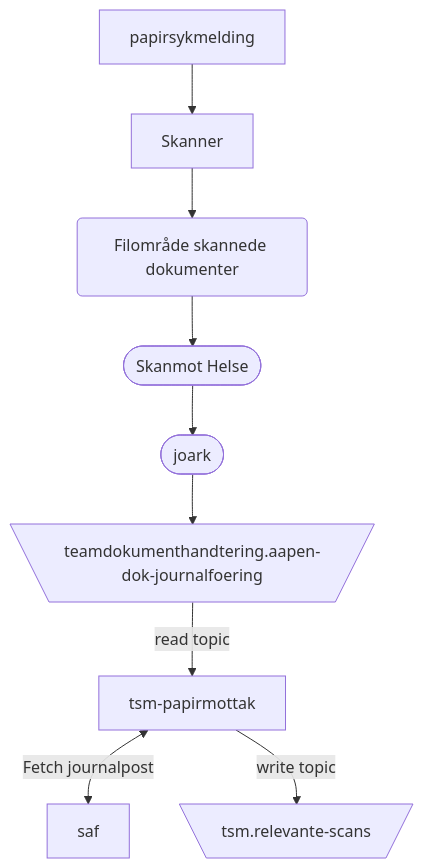
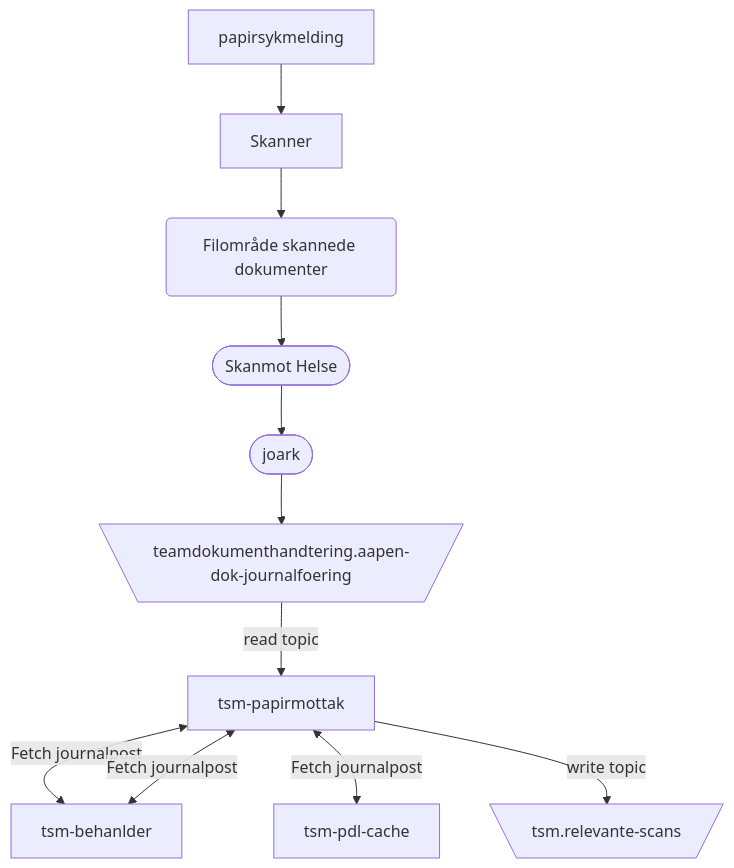
The diagram in README.md (navikt/tsm-papirmottak), drawn with Mermaid before and after one commit.

Commit message:
chore: update flow

````diff
--- a/README.md
+++ b/README.md
@@ -7,11 +7,13 @@
 ```mermaid
   graph TD
     papirsykmelding --> Skanner
     Skanner --> id1(Filområde skannede dokumenter)
     id1(Filområde skannede dokumenter) --> id2([Skanmot Helse])
     id2([Skanmot Helse]) --> id3([joark])
     id3([joark]) --> A[\teamdokumenthandtering.aapen-dok-journalfoering/]
     A[\teamdokumenthandtering.aapen-dok-journalfoering/] --> |read topic| id4[tsm-papirmottak]
     id4[tsm-papirmottak] <--> |Fetch journalpost| id5[saf]
+    id4[tsm-papirmottak] <--> |Fetch journalpost| id5[tsm-behanlder]
+    id4[tsm-papirmottak] <--> |Fetch journalpost| id6[tsm-pdl-cache]
     id4[tsm-papirmottak] --> |write topic| C[\tsm.relevante-scans/]
 ```
````
